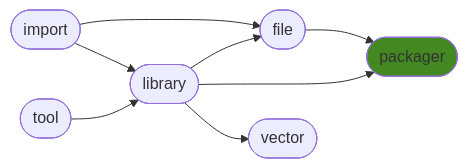
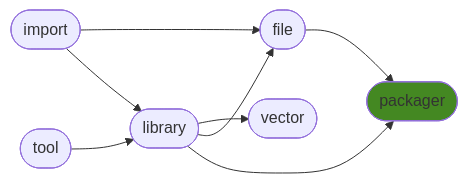
The diagram in README.md (ManderaGeneral/generalpackager), drawn with Mermaid before and after one commit. The commit also changed other lines of this file, not shown here.

````diff
--- a/README.md
+++ b/README.md
@@ -24,17 +24,17 @@
 ```mermaid
 flowchart LR
+2([library]) --> 4([vector])
 0([import]) --> 3([file])
+0([import]) --> 2([library])
 2([library]) --> 3([file])
+1([tool]) --> 2([library])
 2([library]) --> 5([packager])
-0([import]) --> 2([library])
-1([tool]) --> 2([library])
 3([file]) --> 5([packager])
-2([library]) --> 4([vector])
 click 0 "https://github.com/ManderaGeneral/generalimport"
 click 1 "https://github.com/ManderaGeneral/generaltool"
 click 2 "https://github.com/ManderaGeneral/generallibrary"
 click 3 "https://github.com/ManderaGeneral/generalfile"
 click 4 "https://github.com/ManderaGeneral/generalvector"
 click 5 "https://github.com/ManderaGeneral/generalpackager"
 style 5 fill:#482
 ```
````
